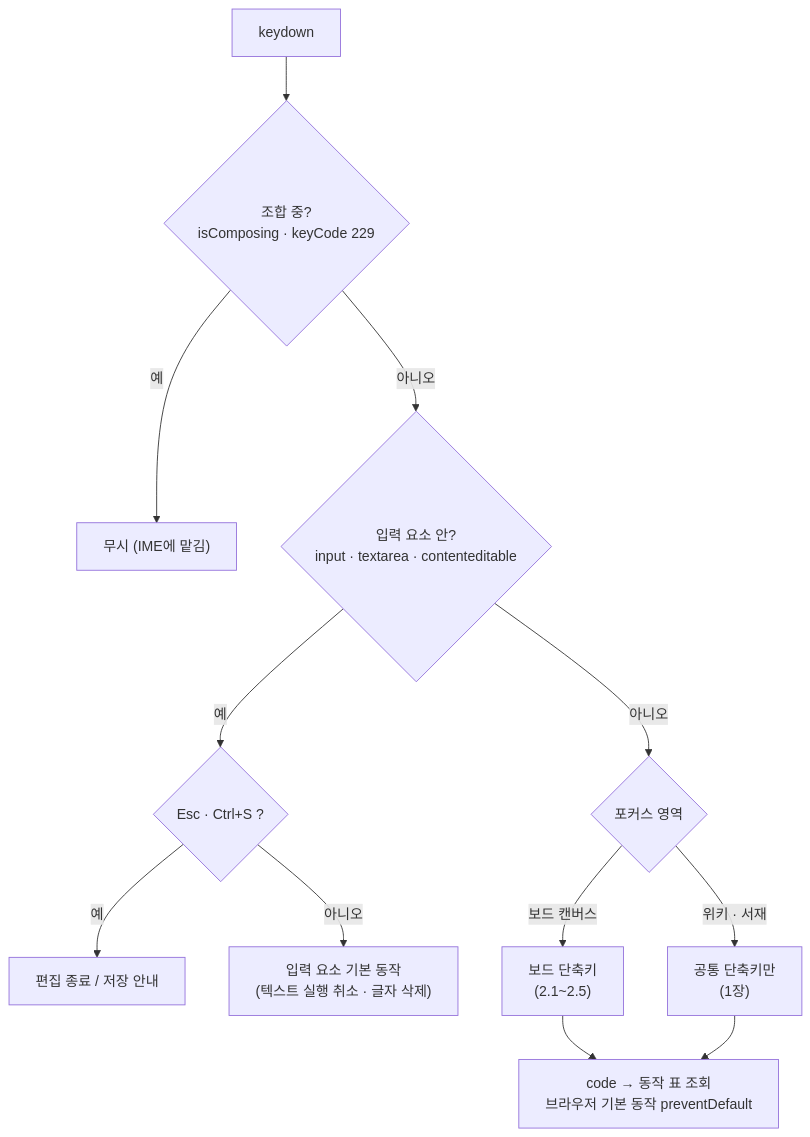
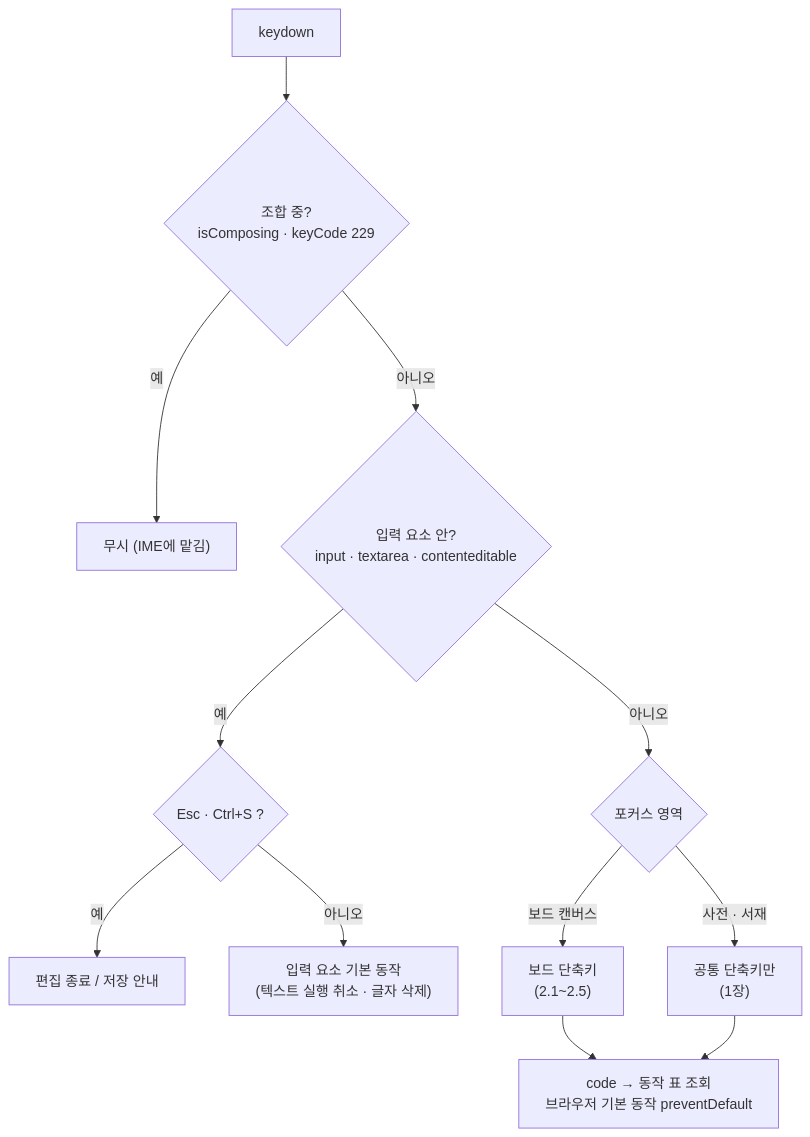
Before and after one commit to kty2001/NovelStory: the diagram in docs/design/shortcuts.md, drawn with Mermaid. The commit also changed other lines of this file and 17 other files, not shown here.

````diff
--- a/docs/design/shortcuts.md
+++ b/docs/design/shortcuts.md
@@ -11,15 +11,15 @@
 ```mermaid
 %%{init: {"flowchart": {"wrappingWidth": 320}}}%%
 flowchart TB
     K["keydown"] --> C1{"조합 중?<br/>isComposing · keyCode 229"}
     C1 -->|"예"| IME["무시 (IME에 맡김)"]
     C1 -->|"아니오"| C2{"입력 요소 안?<br/>input · textarea · contenteditable"}
     C2 -->|"예"| ED{"Esc · Ctrl+S ?"}
     ED -->|"예"| ESC["편집 종료 / 저장 안내"]
     ED -->|"아니오"| NATIVE["입력 요소 기본 동작<br/>(텍스트 실행 취소 · 글자 삭제)"]
     C2 -->|"아니오"| SCOPE{"포커스 영역"}
     SCOPE -->|"보드 캔버스"| BOARD["보드 단축키<br/>(2.1~2.5)"]
-    SCOPE -->|"위키 · 서재"| OTHER["공통 단축키만<br/>(1장)"]
+    SCOPE -->|"사전 · 서재"| OTHER["공통 단축키만<br/>(1장)"]
     BOARD --> MAP["code → 동작 표 조회<br/>브라우저 기본 동작 preventDefault"]
     OTHER --> MAP
 ```
````
